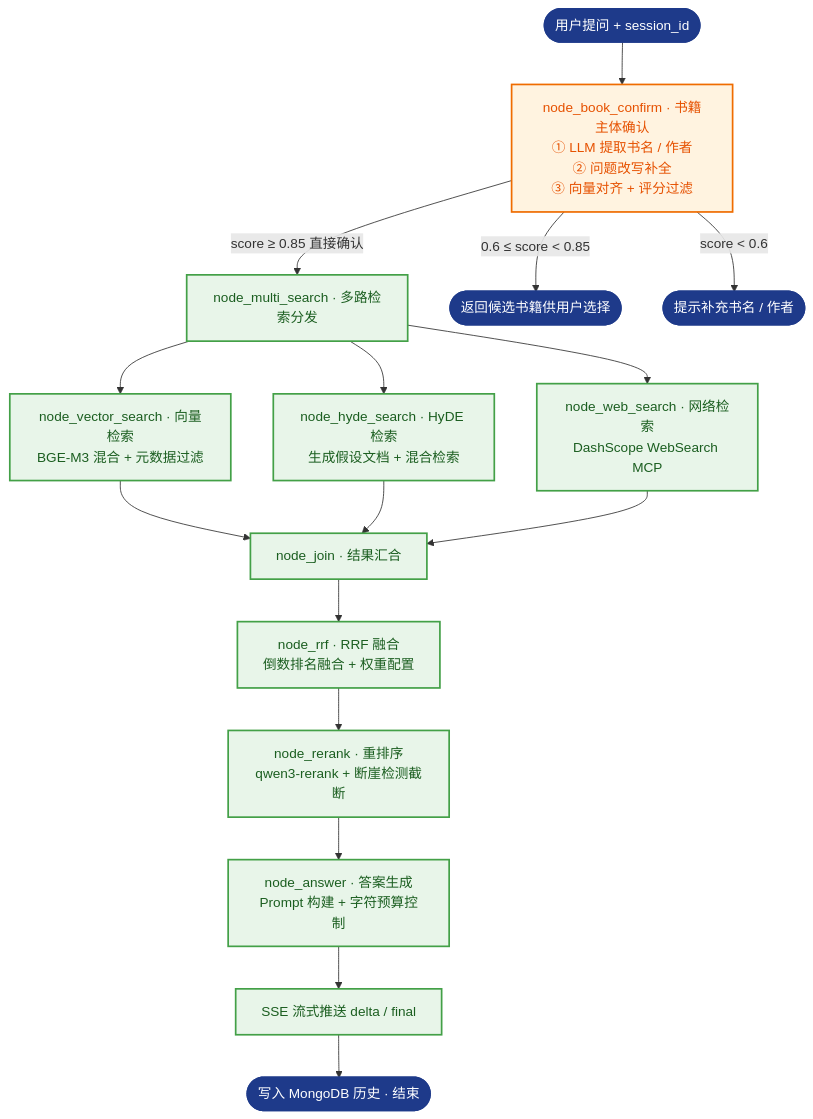
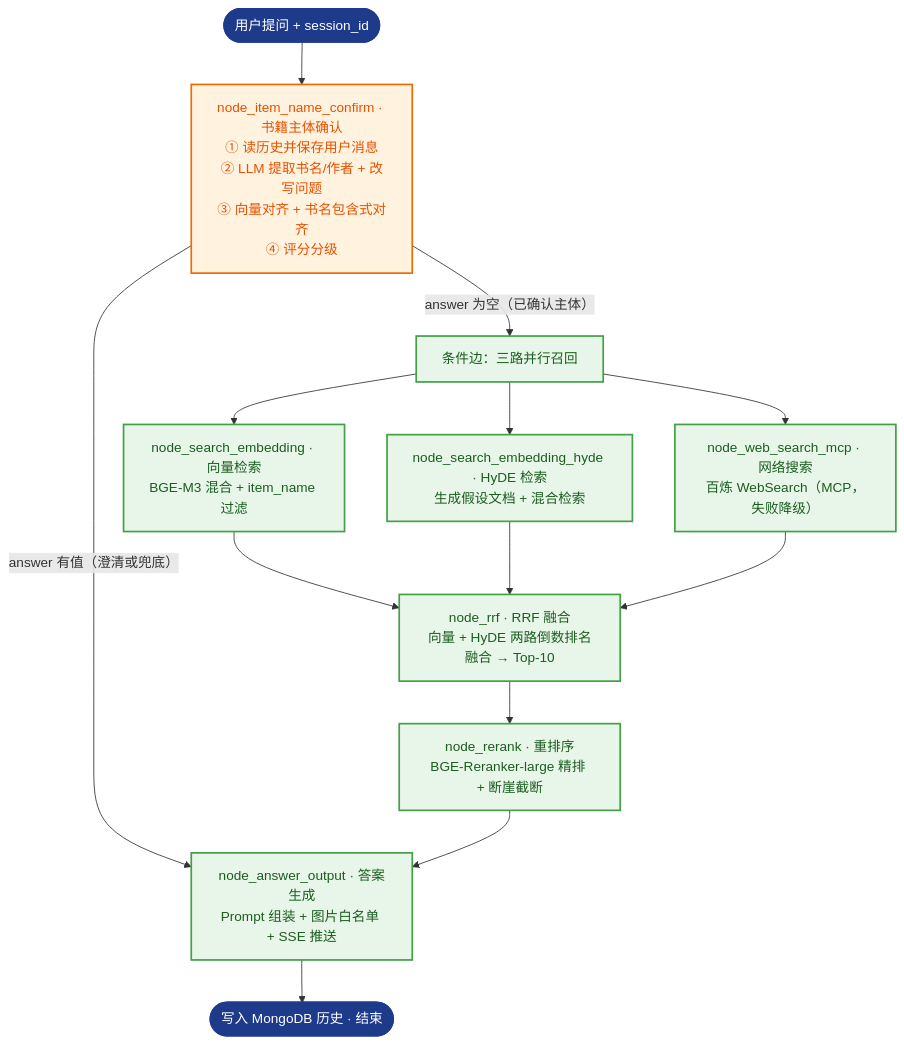
One commit to Zebra0312/listenbook_rag changed the second of 2 diagrams in README.md. Above: the diagram before and after it, drawn with Mermaid. The commit also changed other lines of this file and 2 other files, not shown here.

Commit message:
[新增]检索模块总流程图的后端api服务以及检索模块的前端demo页面(已测试可跑通);readme同步项目进度

````diff
--- a/README.md
+++ b/README.md
@@ -193,30 +210,27 @@
 ```mermaid
 flowchart TD
     classDef startEnd fill:#1e3a8a,stroke:#1e3a8a,color:#ffffff,stroke-width:2px,rx:14px,ry:14px;
     classDef done fill:#e8f5e9,stroke:#43a047,color:#1b5e20,stroke-width:2px;
     classDef gate fill:#fff3e0,stroke:#ef6c00,color:#e65100,stroke-width:2px;
 
     Q(["用户提问 + session_id"]):::startEnd --> R1
 
-    R1["node_book_confirm · 书籍主体确认<br/>① LLM 提取书名 / 作者<br/>② 问题改写补全<br/>③ 向量对齐 + 评分过滤"]:::gate
-    R1 -->|"score ≥ 0.85 直接确认"| R2
-    R1 -->|"0.6 ≤ score < 0.85"| CLARIFY(["返回候选书籍供用户选择"]):::startEnd
-    R1 -->|"score < 0.6"| ASK(["提示补充书名 / 作者"]):::startEnd
+    R1["node_item_name_confirm · 书籍主体确认<br/>① 读历史并保存用户消息<br/>② LLM 提取书名/作者 + 改写问题<br/>③ 向量对齐 + 书名包含式对齐<br/>④ 评分分级"]:::gate
+    R1 -->|"answer 为空（已确认主体）"| R2
+    R1 -->|"answer 有值（澄清或兜底）"| R7
 
-    R2["node_multi_search · 多路检索分发"]:::done
+    R2["条件边：三路并行召回"]:::done
     R2 --> R3A & R3B & R3C
 
-    R3A["node_vector_search · 向量检索<br/>BGE-M3 混合 + 元数据过滤"]:::done
-    R3B["node_hyde_search · HyDE 检索<br/>生成假设文档 + 混合检索"]:::done
-    R3C["node_web_search · 网络检索<br/>DashScope WebSearch MCP"]:::done
+    R3A["node_search_embedding · 向量检索<br/>BGE-M3 混合 + item_name 过滤"]:::done
+    R3B["node_search_embedding_hyde · HyDE 检索<br/>生成假设文档 + 混合检索"]:::done
+    R3C["node_web_search_mcp · 网络搜索<br/>百炼 WebSearch（MCP，失败降级）"]:::done
 
-    R3A --> R4
-    R3B --> R4
-    R3C --> R4
+    R3A --> R5
+    R3B --> R5
+    R3C --> R5
 
-    R4["node_join · 结果汇合"]:::done --> R5["node_rrf · RRF 融合<br/>倒数排名融合 + 权重配置"]:::done
-    R5 --> R6["node_rerank · 重排序<br/>qwen3-rerank + 断崖检测截断"]:::done
-    R6 --> R7["node_answer · 答案生成<br/>Prompt 构建 + 字符预算控制"]:::done
-    R7 --> R8["SSE 流式推送 delta / final"]:::done
-    R8 --> END_D(["写入 MongoDB 历史 · 结束"]):::startEnd
+    R5["node_rrf · RRF 融合<br/>向量 + HyDE 两路倒数排名融合 → Top-10"]:::done --> R6["node_rerank · 重排序<br/>BGE-Reranker-large 精排 + 断崖截断"]:::done
+    R6 --> R7["node_answer_output · 答案生成<br/>Prompt 组装 + 图片白名单 + SSE 推送"]:::done
+    R7 --> END_D(["写入 MongoDB 历史 · 结束"]):::startEnd
 ```
````
